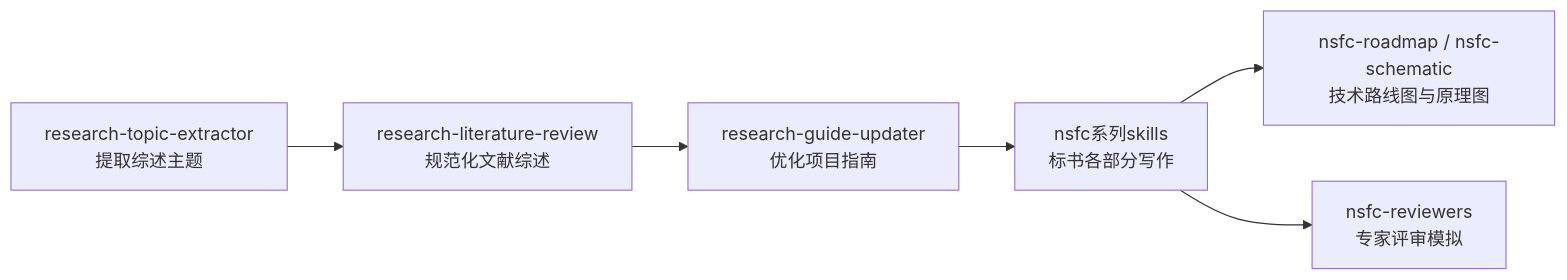
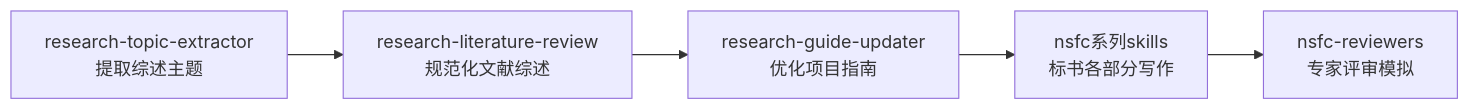
One commit to huangwb8/ChineseResearchLaTeX changed the diagram in skills/README.md. Above: the diagram before and after it, drawn with Mermaid. The commit also changed other lines of this file and 91 other files, not shown here.

First line of the commit message:
chore(skills): 移除 nsfc-roadmap 与 nsfc-schematic 两个 skill

````diff
--- a/skills/README.md
+++ b/skills/README.md
@@ -11,8 +11,7 @@
 ```mermaid
 graph LR
     A[research-topic-extractor<br>提取综述主题] --> B[research-literature-review<br>规范化文献综述]
     B --> C[research-guide-updater<br>优化项目指南]
     C --> D[nsfc系列skills<br>标书各部分写作]
-    D --> E[nsfc-roadmap / nsfc-schematic<br>技术路线图与原理图]
     D --> F[nsfc-reviewers<br>专家评审模拟]
 ```
````
